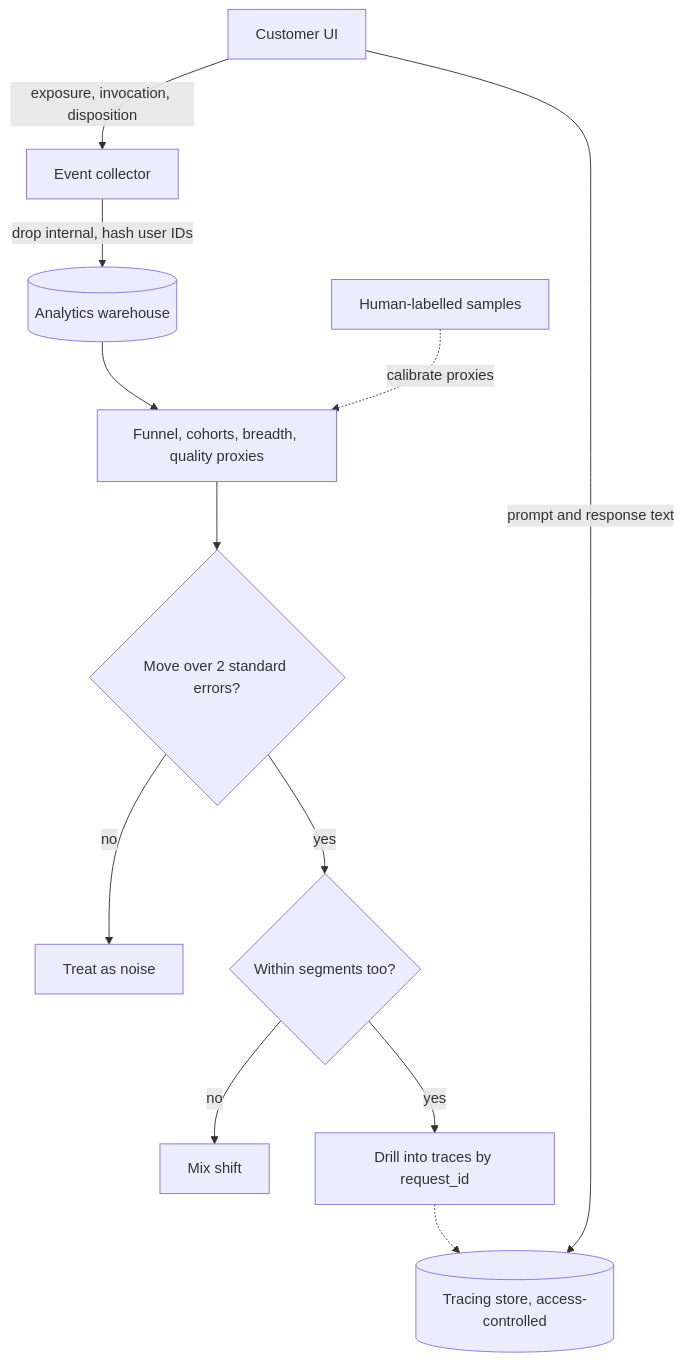
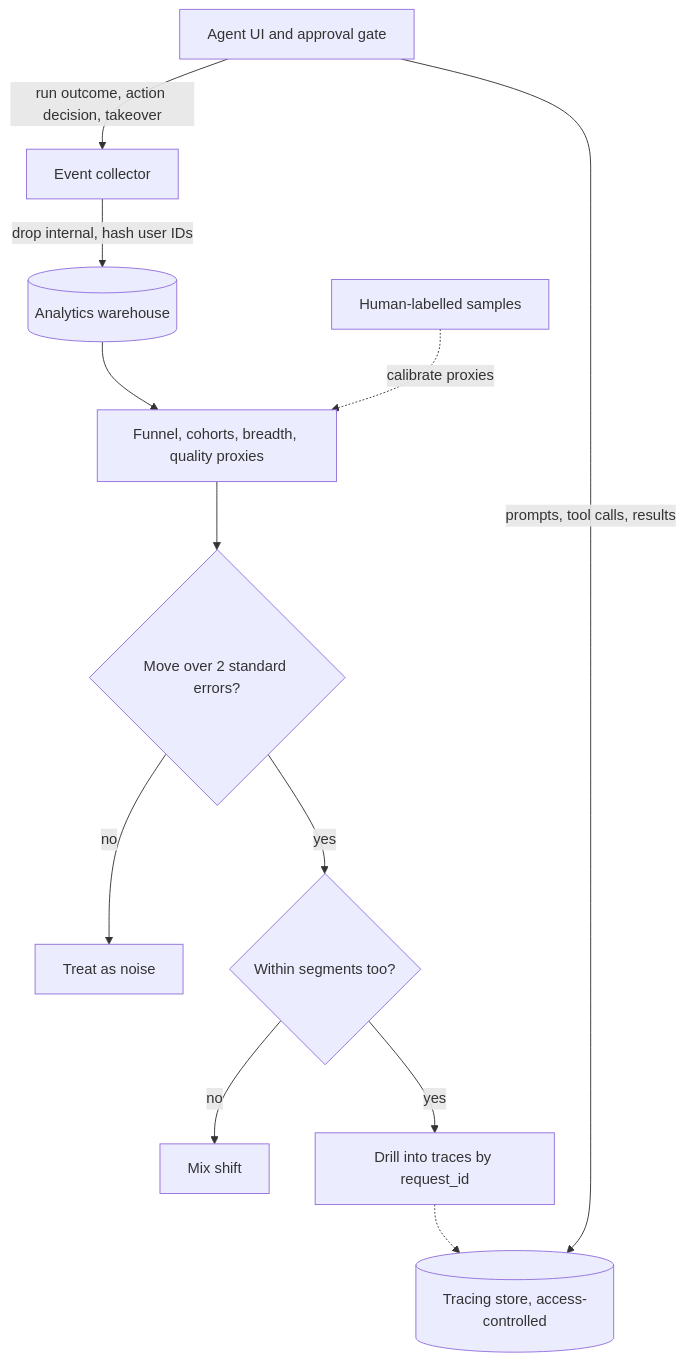
One commit to lovishmahajan97/agentic-learning changed the diagram in content/adoption/usage-analytics.md. Above: the diagram before and after it, drawn with Mermaid. The commit also changed other lines of this file and 454 other files, not shown here.

````diff
--- a/content/adoption/usage-analytics.md
+++ b/content/adoption/usage-analytics.md
@@ -124,14 +153,14 @@
 ```mermaid
 flowchart TD
-    UI["Customer UI"] -->|"exposure, invocation, disposition"| EV["Event collector"]
-    UI -->|"prompt and response text"| TR[("Tracing store, access-controlled")]
+    UI["Agent UI and approval gate"] -->|"run outcome, action decision, takeover"| EV["Event collector"]
+    UI -->|"prompts, tool calls, results"| TR[("Tracing store, access-controlled")]
     EV -->|"drop internal, hash user IDs"| WH[("Analytics warehouse")]
     WH --> V["Funnel, cohorts, breadth, quality proxies"]
     V --> N{"Move over 2 standard errors?"}
     N -->|"no"| W["Treat as noise"]
     N -->|"yes"| S{"Within segments too?"}
     S -->|"no"| MX["Mix shift"]
     S -->|"yes"| RQ["Drill into traces by request_id"]
     RQ -.-> TR
     L["Human-labelled samples"] -.->|"calibrate proxies"| V
 ```
````
